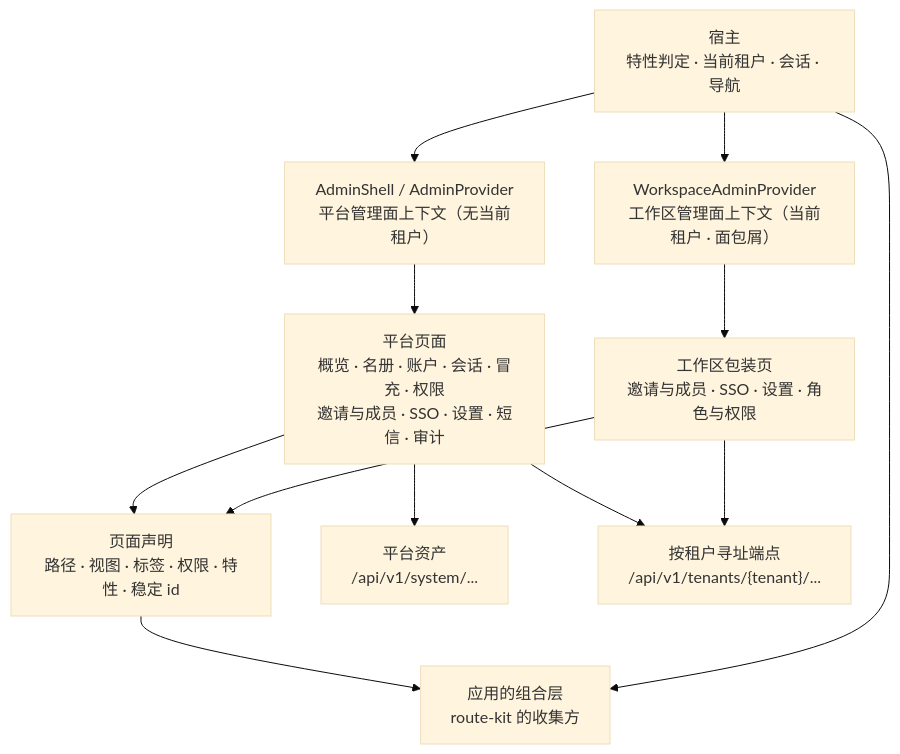
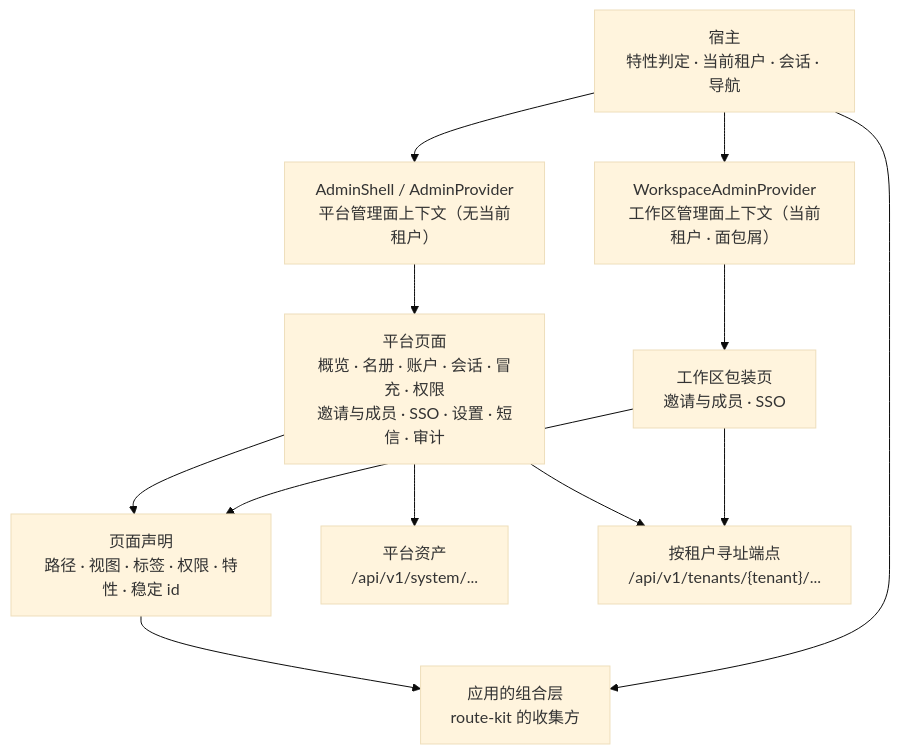
One commit to wangzw/speed changed the diagram in docs/design/modules/web/design-web-admin-ui.md. Above: the diagram before and after it, drawn with Mermaid (base theme). The commit also changed other lines of this file and 8 other files, not shown here.

````diff
--- a/docs/design/modules/web/design-web-admin-ui.md
+++ b/docs/design/modules/web/design-web-admin-ui.md
@@ -350,23 +344,23 @@
 ```mermaid
 graph TD
     host["宿主\n特性判定 · 当前租户 · 会话 · 导航"]
     collect["应用的组合层\nroute-kit 的收集方"]
     decl["页面声明\n路径 · 视图 · 标签 · 权限 · 特性 · 稳定 id"]
     pframe["AdminShell / AdminProvider\n平台管理面上下文（无当前租户）"]
     ppages["平台页面\n概览 · 名册 · 账户 · 会话 · 冒充 · 权限\n邀请与成员 · SSO · 设置 · 短信 · 审计"]
     wframe["WorkspaceAdminProvider\n工作区管理面上下文（当前租户 · 面包屑）"]
-    wpages["工作区包装页\n邀请与成员 · SSO · 设置 · 角色与权限"]
+    wpages["工作区包装页\n邀请与成员 · SSO"]
     papi["平台资产\n/api/v1/system/..."]
     tapi["按租户寻址端点\n/api/v1/tenants/{tenant}/..."]
     ppages --> decl
     wpages --> decl
     decl --> collect
     host --> pframe
     host --> wframe
     host --> collect
     pframe --> ppages
     wframe --> wpages
     ppages --> papi
     ppages --> tapi
     wpages --> tapi
 ```
````
